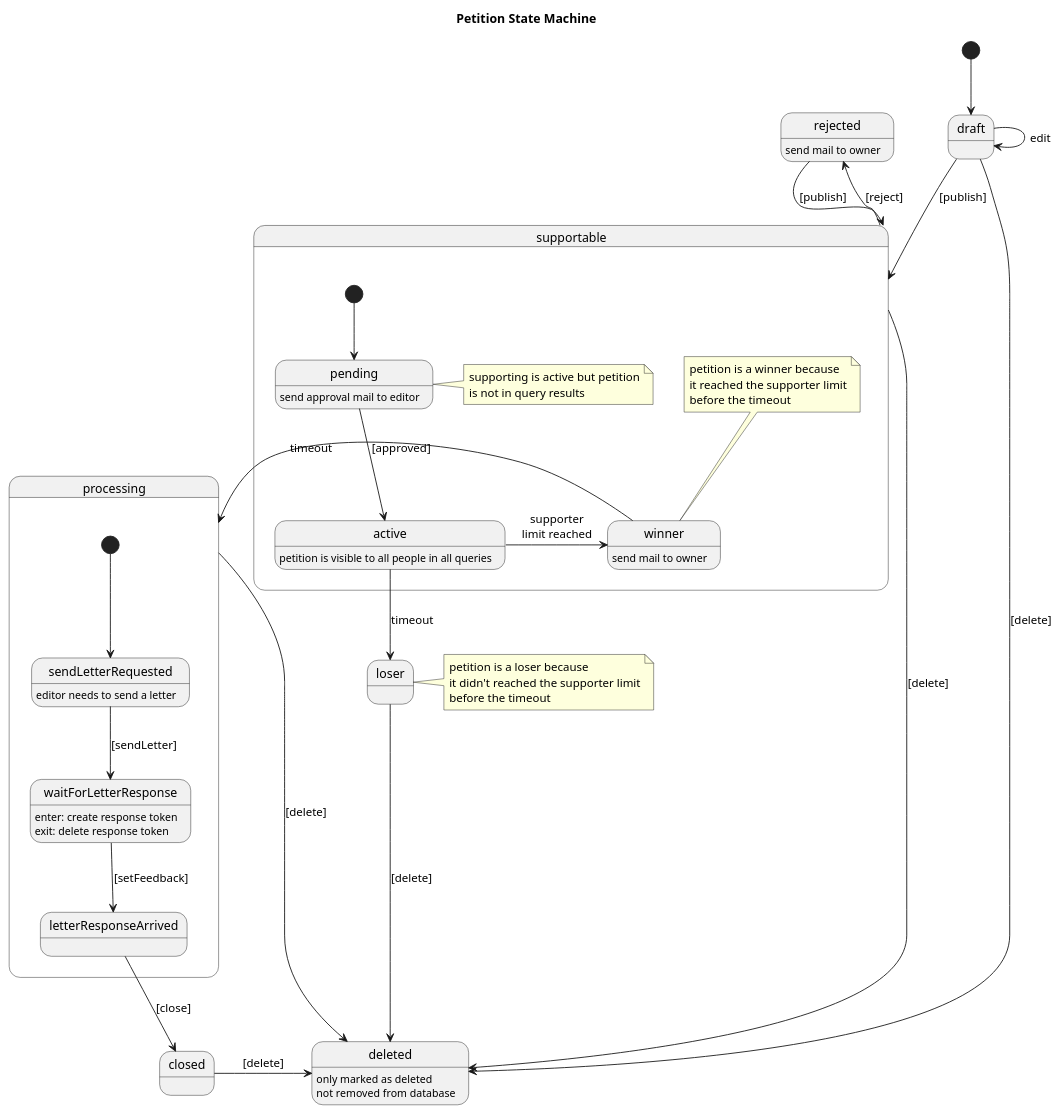
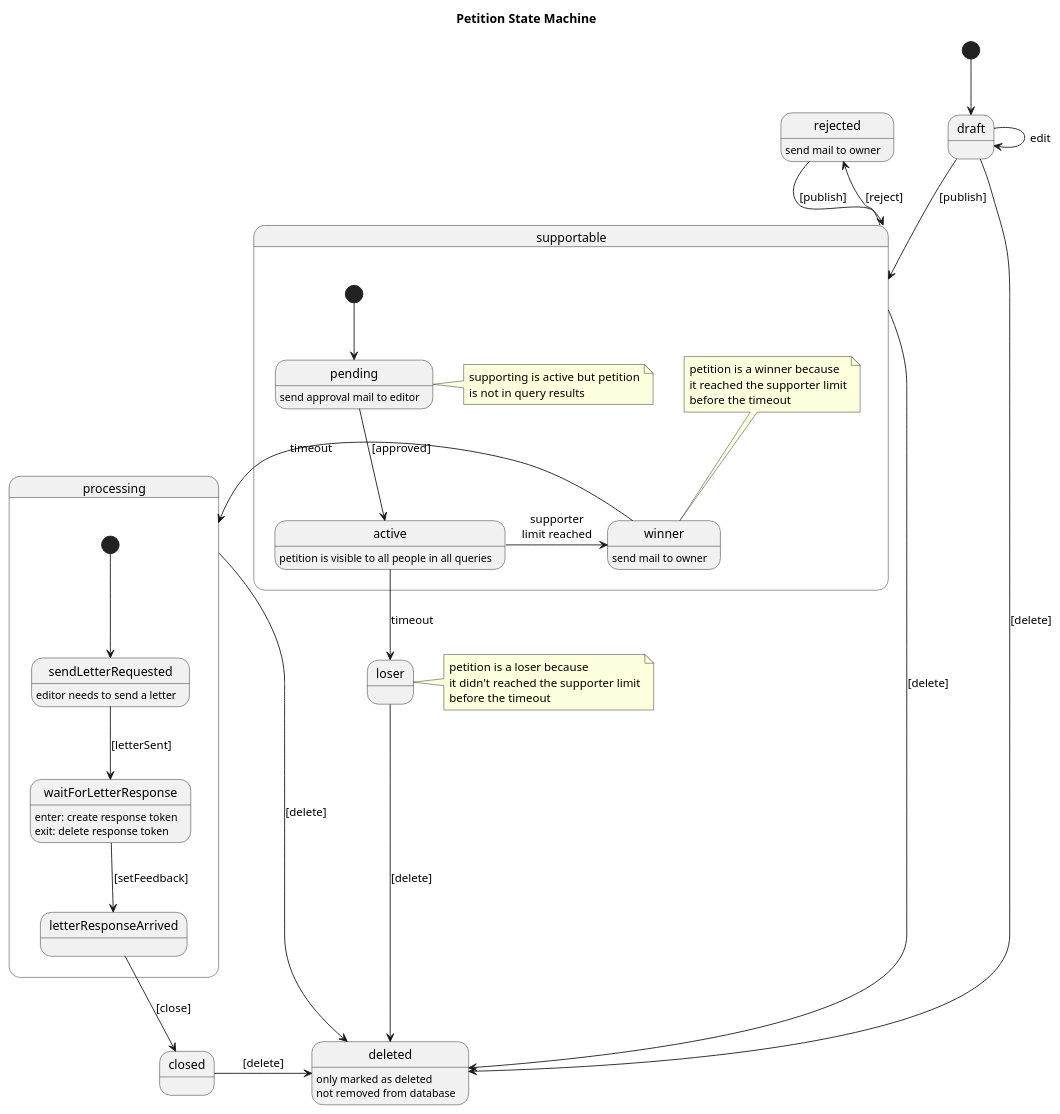
The diagram in docs/petition-management.rst (iris-dni/iris-service), drawn with PlantUML before and after one commit. The commit also changed 15 other files, not shown here.

Commit message:
added letter response flow to petition

```diff
--- a/docs/petition-management.rst
+++ b/docs/petition-management.rst
@@ -24,58 +24,58 @@
 .. uml::
 
     @startuml
 
     Title "Petition State Machine"
 
     [*] --> draft
     draft --> draft : edit
     draft --> supportable : [publish]
 
     supportable -up-> rejected : [reject]
     supportable -> deleted : [delete]
 
     rejected --> supportable : [publish]
     rejected : send mail to owner
 
     draft --> deleted : [delete]
     loser --> deleted : [delete]
     closed -> deleted : [delete]
     processing -> deleted : [delete]
 
     state deleted {
     }
     deleted : only marked as deleted
     deleted : not removed from database
 
     state loser {
     }
     note right of loser : petition is a loser because\nit didn't reached the supporter limit\nbefore the timeout
 
     state supportable {
       [*] --> pending
       pending : send approval mail to editor
       note right of pending : supporting is active but petition\nis not in query results
       pending --> active : [approved]
       active : petition is visible to all people in all queries
       active --> loser : timeout
       active -right-> winner : supporter\nlimit reached
       
       winner : send mail to owner
       note top of winner : petition is a winner because\nit reached the supporter limit\nbefore the timeout
 
       winner -> processing : timeout
     }
 
     state processing {
         [*] --> sendLetterRequested
         sendLetterRequested : editor needs to send a letter
-        sendLetterRequested --> waitForLetterResponse : [sendLetter]
+        sendLetterRequested --> waitForLetterResponse : [letterSent]
         waitForLetterResponse : enter: create response token
         waitForLetterResponse : exit: delete response token
         waitForLetterResponse --> letterResponseArrived : [setFeedback]
         letterResponseArrived --> closed : [close]
     }
 
     state closed {
     }
     @enduml
```
